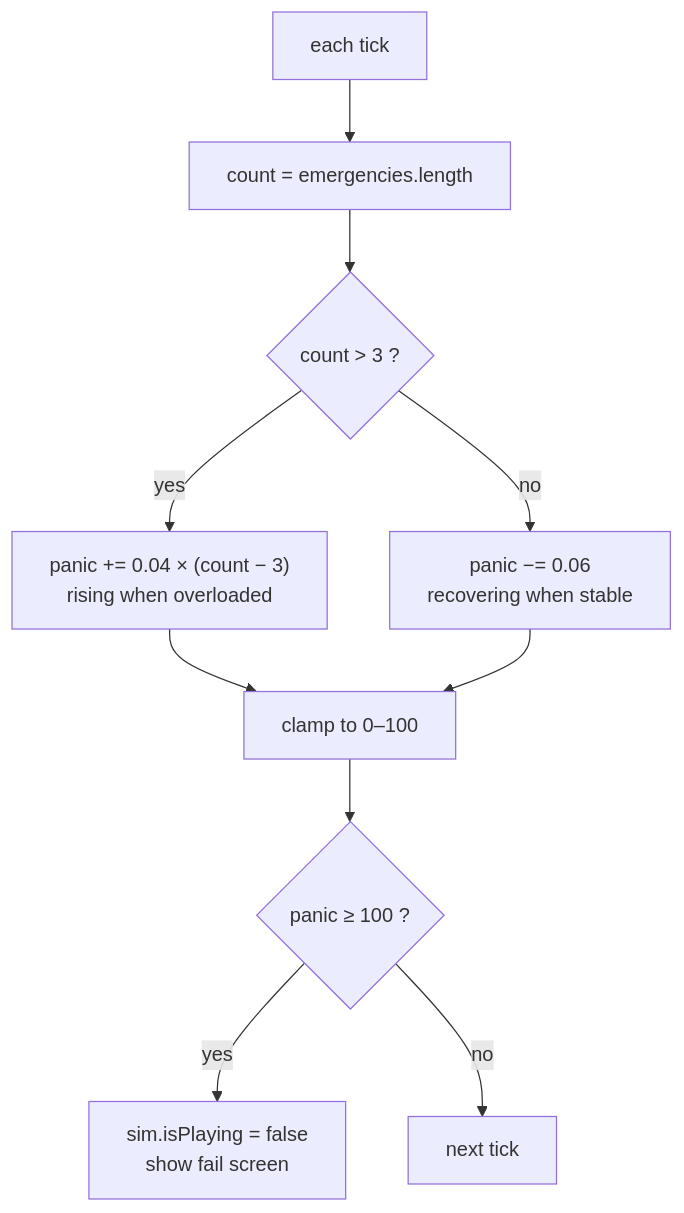
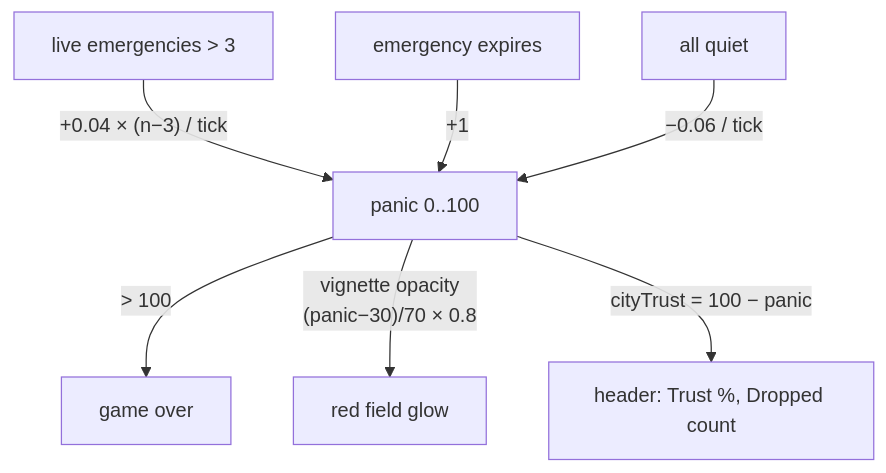
The sixth of 8 diagrams in docs/architecture.md (bmvanwyk/Architect), drawn with Mermaid before and after one commit. The commit also changed other lines of this file, not shown here.

Commit message:
docs: architecture.md — module map, tick pipeline, packet state machine, mechanics reference, modification recipes (Mermaid)

````diff
--- a/docs/architecture.md
+++ b/docs/architecture.md
@@ -247,12 +175,9 @@
 ```mermaid
 flowchart TD
-    TICK["each tick"] --> COUNT["count = emergencies.length"]
-    COUNT --> CHECK{"count > 3 ?"}
-    CHECK -->|yes| RISE["panic += 0.04 × (count − 3)<br/>rising when overloaded"]
-    CHECK -->|no| FALL["panic −= 0.06<br/>recovering when stable"]
-    RISE --> CLAMP["clamp to 0–100"]
-    FALL --> CLAMP
-    CLAMP --> GAMEOVER{"panic ≥ 100 ?"}
-    GAMEOVER -->|yes| FAIL["sim.isPlaying = false<br/>show fail screen"]
-    GAMEOVER -->|no| NEXT["next tick"]
+    A["live emergencies > 3"] -->|"+0.04 × (n−3) / tick"| P["panic 0..100"]
+    B["emergency expires"] -->|"+1"| P
+    C["all quiet"] -->|"−0.06 / tick"| P
+    P -->|"> 100"| OVER["game over"]
+    P -->|"vignette opacity<br/>(panic−30)/70 × 0.8"| RED["red field glow"]
+    P -->|"cityTrust = 100 − panic"| HDR["header: Trust %, Dropped count"]
 ```
````
